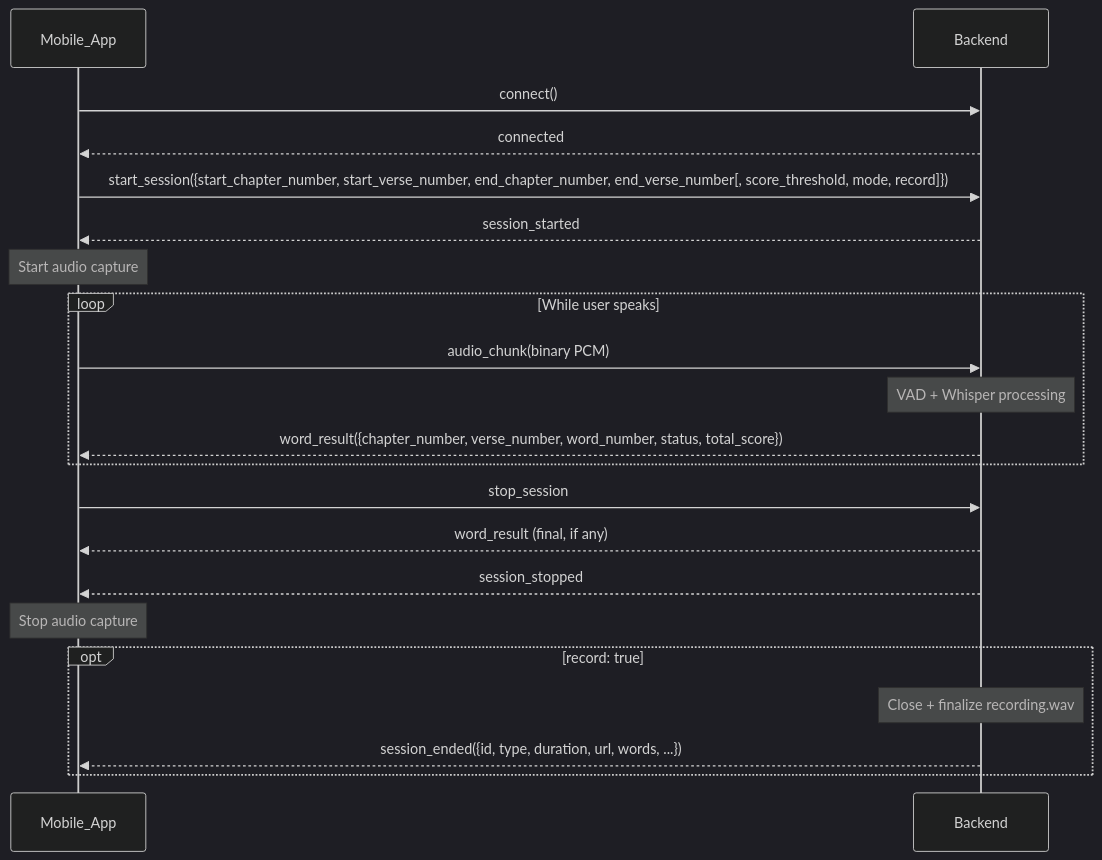
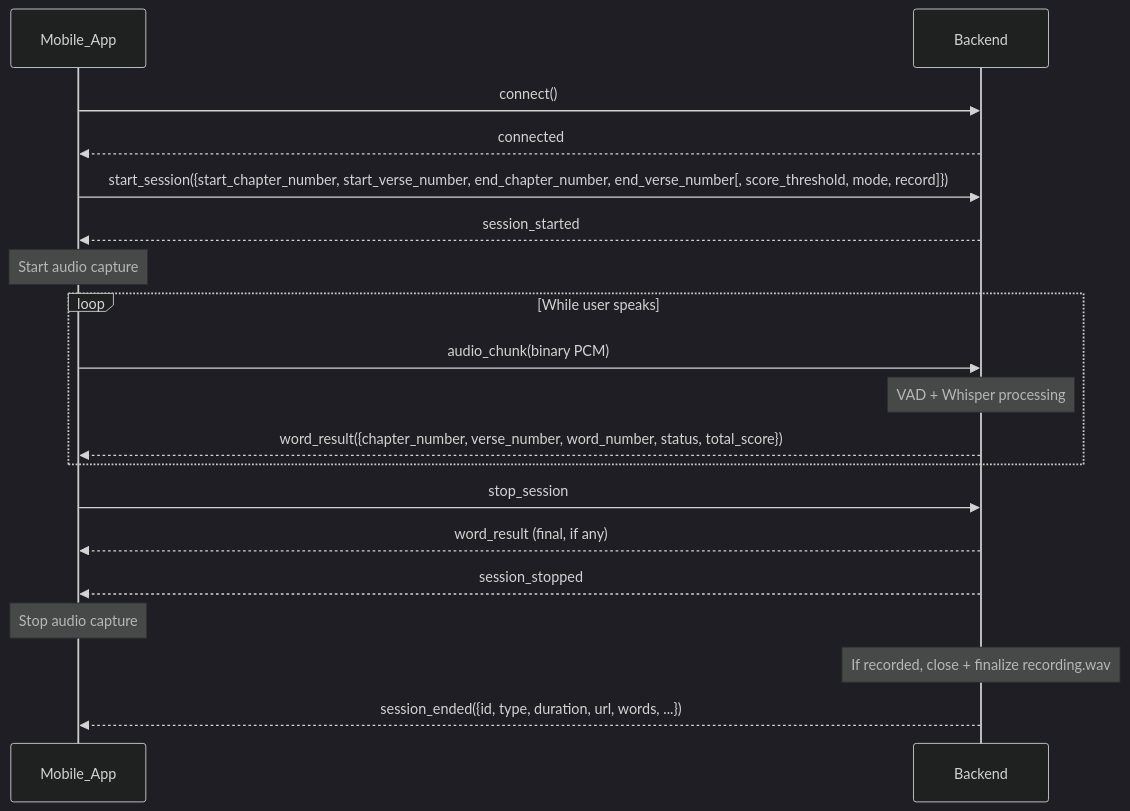
Before and after one commit to basemkhirat/pyquran2: the first of 9 diagrams in guide/reference/sequence-diagram.md, drawn with Mermaid (dark theme). The commit also changed 10 other files, not shown here.

Commit message:
Updated session management to emit `session_ended` for every session, including non-recorded ones, with `url` set to null when not recorded.

````diff
--- a/guide/reference/sequence-diagram.md
+++ b/guide/reference/sequence-diagram.md
@@ -9,30 +9,28 @@
 ```mermaid
 sequenceDiagram
     participant App as Mobile_App
     participant Server as Backend
 
     App->>Server: connect()
     Server-->>App: connected
 
     App->>Server: start_session({start_chapter_number, start_verse_number, end_chapter_number, end_verse_number[, score_threshold, mode, record]})
     Server-->>App: session_started
 
     Note over App: Start audio capture
 
     loop While user speaks
         App->>Server: audio_chunk(binary PCM)
         Note over Server: VAD + Whisper processing
         Server-->>App: word_result({chapter_number, verse_number, word_number, status, total_score})
     end
 
     App->>Server: stop_session
     Server-->>App: word_result (final, if any)
     Server-->>App: session_stopped
 
     Note over App: Stop audio capture
 
-    opt record: true
-        Note over Server: Close + finalize recording.wav
-        Server-->>App: session_ended({id, type, duration, url, words, ...})
-    end
+    Note over Server: If recorded, close + finalize recording.wav
+    Server-->>App: session_ended({id, type, duration, url, words, ...})
 ```
````
